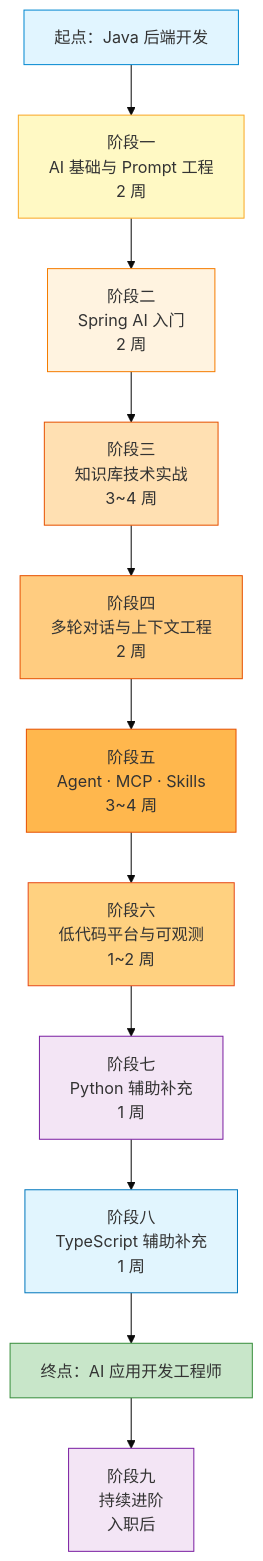
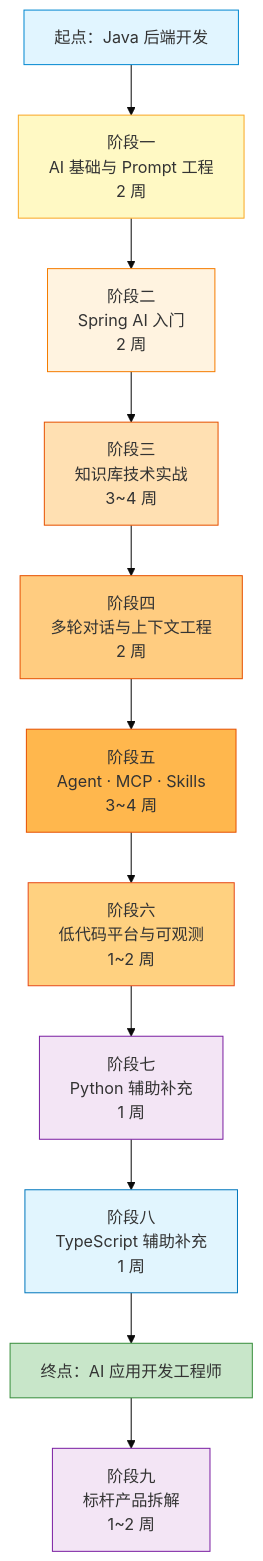
The second of 15 diagrams in 10-AI应用开发/00-总览/AI应用开发学习路径.md (GuoWWWX/knowledge-base), drawn with Mermaid (base theme) before and after one commit. The commit also changed other lines of this file and 118 other files, not shown here.

````diff
--- a/10-AI应用开发/00-总览/AI应用开发学习路径.md
+++ b/10-AI应用开发/00-总览/AI应用开发学习路径.md
@@ -237,26 +239,26 @@
 ```mermaid
 flowchart TD
     A[起点：Java 后端开发] --> B[阶段一<br/>AI 基础与 Prompt 工程<br/>2 周]
     B --> C[阶段二<br/>Spring AI 入门<br/>2 周]
     C --> D[阶段三<br/>知识库技术实战<br/>3~4 周]
     D --> E[阶段四<br/>多轮对话与上下文工程<br/>2 周]
     E --> F[阶段五<br/>Agent · MCP · Skills<br/>3~4 周]
     F --> G[阶段六<br/>低代码平台与可观测<br/>1~2 周]
     G --> H[阶段七<br/>Python 辅助补充<br/>1 周]
     H --> H2[阶段八<br/>TypeScript 辅助补充<br/>1 周]
     H2 --> I[终点：AI 应用开发工程师]
     
-    I --> J[阶段九<br/>持续进阶<br/>入职后]
+    I --> J[阶段九<br/>标杆产品拆解<br/>1~2 周]
     
     style A fill:#e1f5ff,stroke:#0288d1
     style I fill:#c8e6c9,stroke:#388e3c
     style B fill:#fff9c4,stroke:#f9a825
     style C fill:#fff3e0,stroke:#f57c00
     style D fill:#ffe0b2,stroke:#e65100
     style E fill:#ffcc80,stroke:#e65100
     style F fill:#ffb74d,stroke:#e65100
     style G fill:#ffd180,stroke:#e64a19
     style H fill:#f3e5f5,stroke:#7b1fa2
     style H2 fill:#e1f5fe,stroke:#0277bd
     style J fill:#f3e5f5,stroke:#7b1fa2
 ```
````
